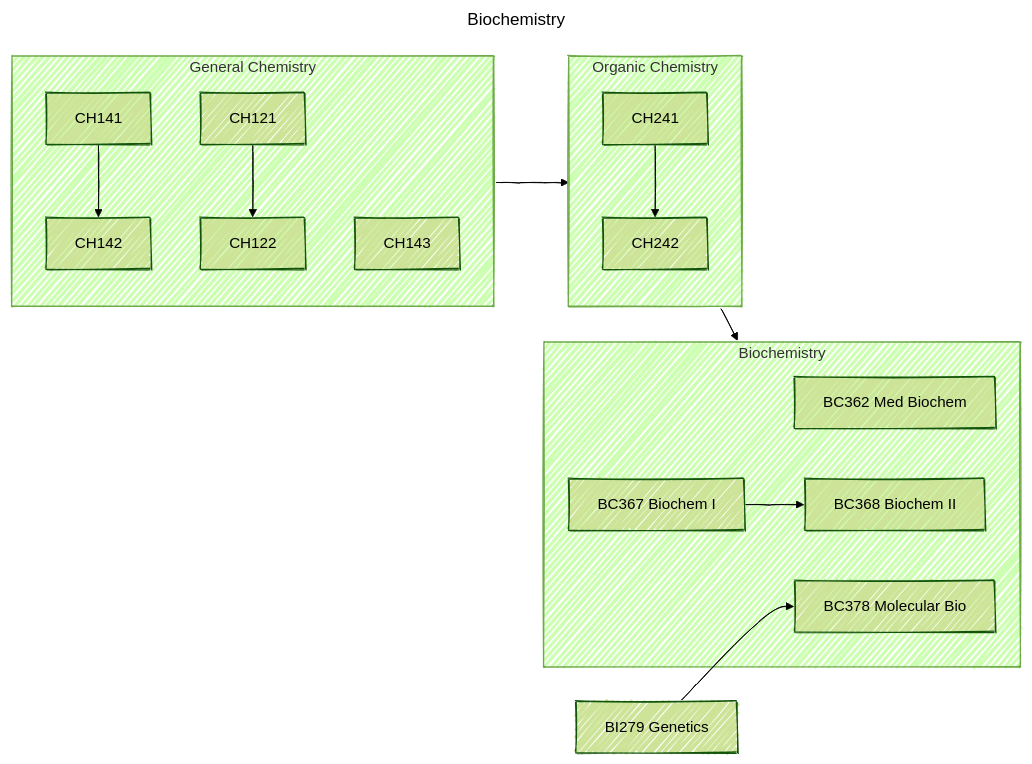
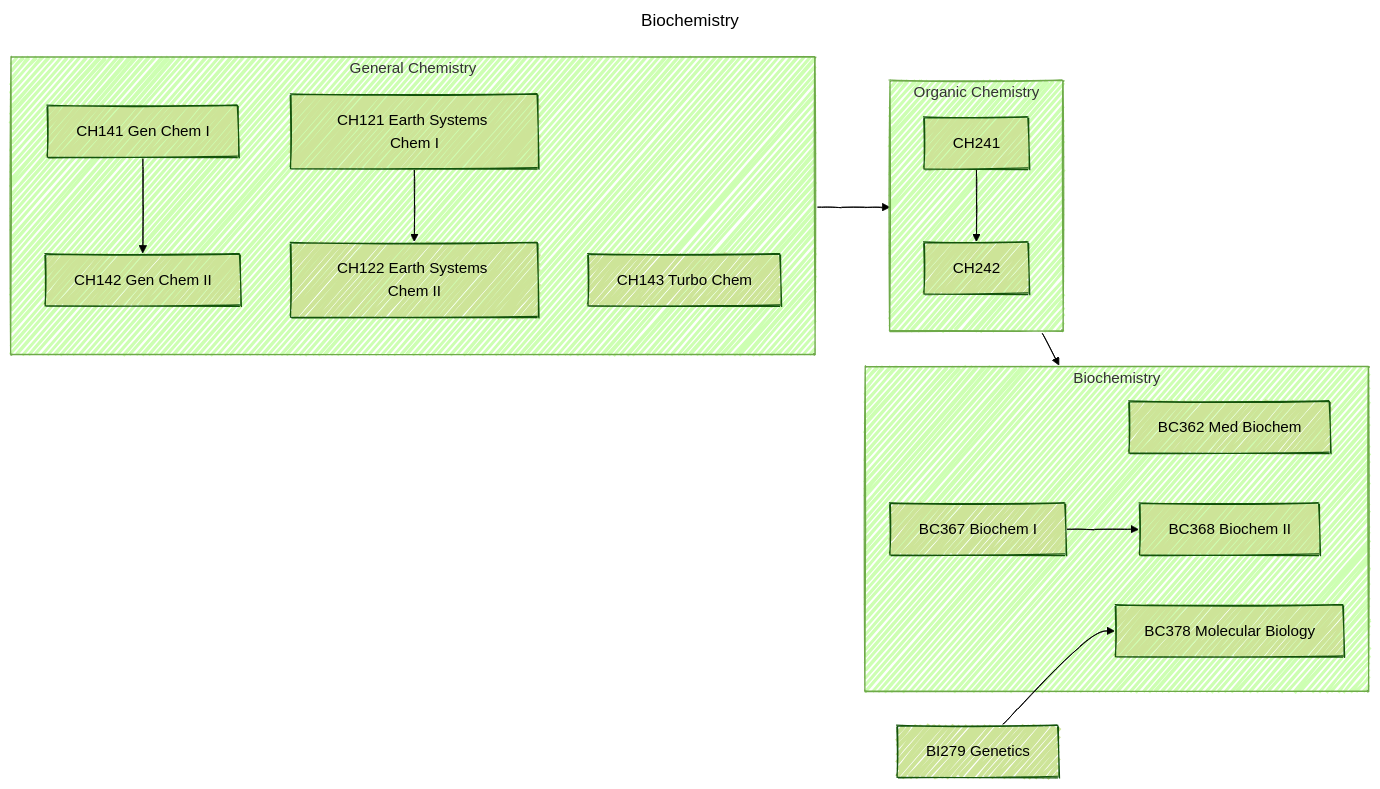
The third of 3 diagrams in biology.curriculum.map.md (aphanotus/openEd), drawn with Mermaid before and after one commit. The commit also changed other lines of this file, not shown here.

Commit message:
curriculum map update

````diff
--- a/biology.curriculum.map.md
+++ b/biology.curriculum.map.md
@@ -87,27 +86,27 @@
 ```mermaid
 ---
 title: Biochemistry
 config:
   look: handDrawn
   theme: forest
 ---
 flowchart LR
   subgraph Intro["General Chemistry"]
-    CH141 --> CH142
-    CH143
-    CH121 --> CH122
+    CH141["CH141 Gen Chem I"] --> CH142["CH142 Gen Chem II"]
+    CH143["CH143 Turbo Chem"]
+    CH121["CH121 Earth Systems Chem I"] --> CH122["CH122 Earth Systems Chem II"]
   end
   subgraph Orgo["Organic Chemistry"]
     CH241 --> CH242
   end
   Intro --> Orgo
   BI279["BI279 Genetics"]
   subgraph Biochem["Biochemistry"]
     BC362["BC362 Med Biochem"]
     BC367["BC367 Biochem I"] --> BC368["BC368 Biochem II"]
-    BC378["BC378 Molecular Bio"]
+    BC378["BC378 Molecular Biology"]
   end
   Orgo --> Biochem
   BI279 --> BC378
 
 ```
````
